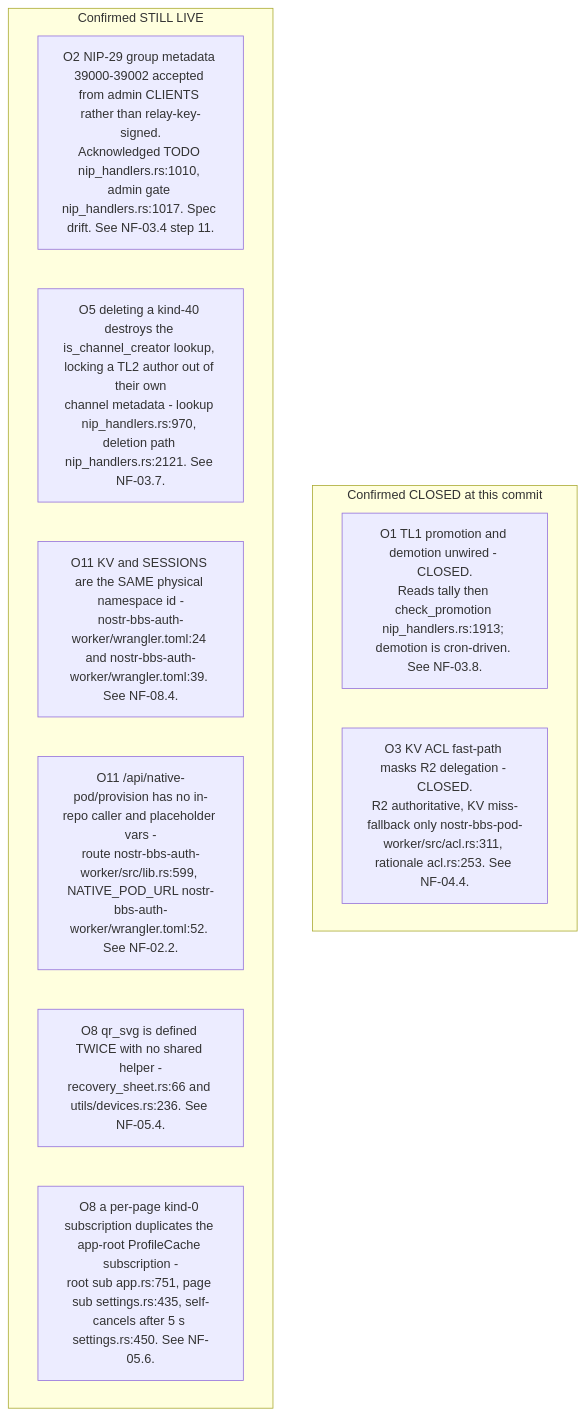
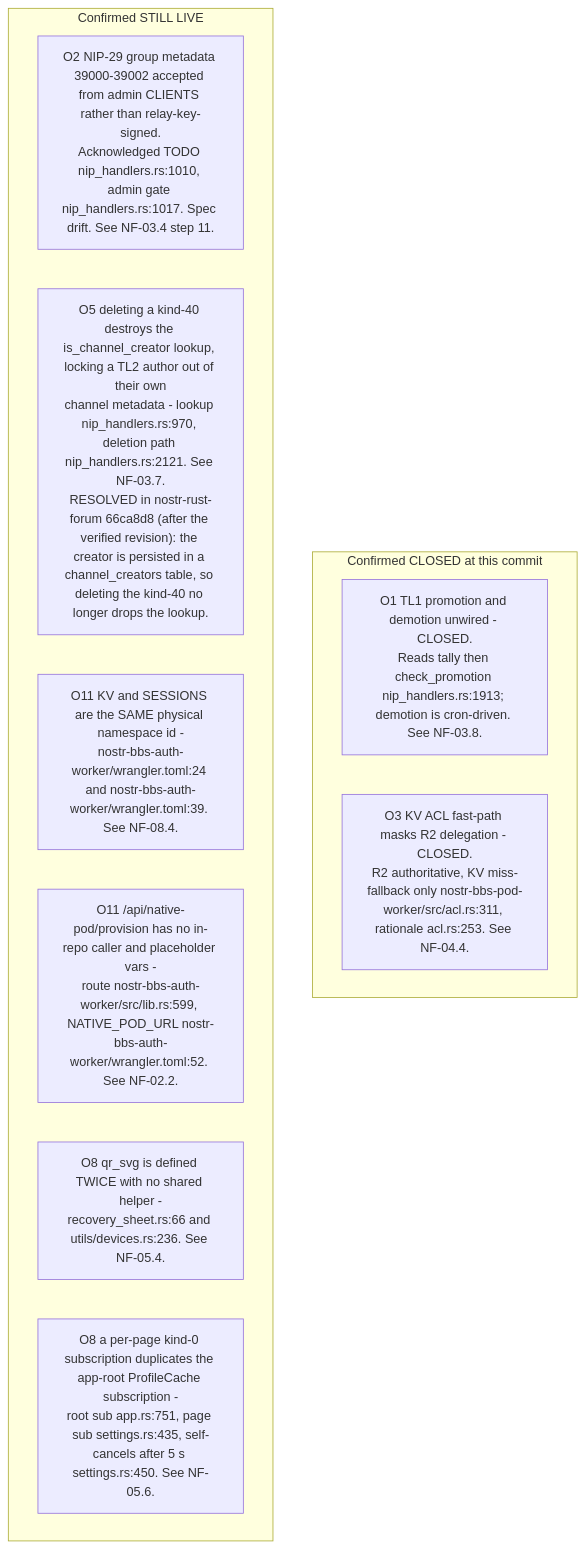
The third of 10 diagrams in docs/diagrams/nostr-rust-forum/10-invariants-and-anomaly-register.md (DreamLab-AI/VisionFlow), drawn with Mermaid before and after one commit. The commit also changed other lines of this file and 80 other files, not shown here.

First line of the commit message:
docs(diagrams): re-verify the agentbox, dreamlab, estate and visionflow corpus against current sources

````diff
--- a/docs/diagrams/nostr-rust-forum/10-invariants-and-anomaly-register.md
+++ b/docs/diagrams/nostr-rust-forum/10-invariants-and-anomaly-register.md
@@ -93,15 +93,15 @@
 ```mermaid
 flowchart TB
     subgraph closed["Confirmed CLOSED at this commit"]
         O1["O1 TL1 promotion and demotion unwired - CLOSED.<br/>Reads tally then check_promotion nip_handlers.rs:1913; demotion is cron-driven. See NF-03.8."]
         O3["O3 KV ACL fast-path masks R2 delegation - CLOSED.<br/>R2 authoritative, KV miss-fallback only nostr-bbs-pod-worker/src/acl.rs:311, rationale acl.rs:253. See NF-04.4."]
     end
     subgraph live["Confirmed STILL LIVE"]
         O2["O2 NIP-29 group metadata 39000-39002 accepted from admin CLIENTS rather than relay-key-signed.<br/>Acknowledged TODO nip_handlers.rs:1010, admin gate nip_handlers.rs:1017. Spec drift. See NF-03.4 step 11."]
-        O5["O5 deleting a kind-40 destroys the is_channel_creator lookup, locking a TL2 author out of their own<br/>channel metadata - lookup nip_handlers.rs:970, deletion path nip_handlers.rs:2121. See NF-03.7."]
+        O5["O5 deleting a kind-40 destroys the is_channel_creator lookup, locking a TL2 author out of their own<br/>channel metadata - lookup nip_handlers.rs:970, deletion path nip_handlers.rs:2121. See NF-03.7.<br/>RESOLVED in nostr-rust-forum 66ca8d8 (after the verified revision): the creator is persisted in a channel_creators table, so deleting the kind-40 no longer drops the lookup."]
         O11a["O11 KV and SESSIONS are the SAME physical namespace id -<br/>nostr-bbs-auth-worker/wrangler.toml:24 and nostr-bbs-auth-worker/wrangler.toml:39. See NF-08.4."]
         O11b["O11 /api/native-pod/provision has no in-repo caller and placeholder vars -<br/>route nostr-bbs-auth-worker/src/lib.rs:599, NATIVE_POD_URL nostr-bbs-auth-worker/wrangler.toml:52. See NF-02.2."]
         O8a["O8 qr_svg is defined TWICE with no shared helper -<br/>recovery_sheet.rs:66 and utils/devices.rs:236. See NF-05.4."]
         O8b["O8 a per-page kind-0 subscription duplicates the app-root ProfileCache subscription -<br/>root sub app.rs:751, page sub settings.rs:435, self-cancels after 5 s settings.rs:450. See NF-05.6."]
     end
 ```
````
